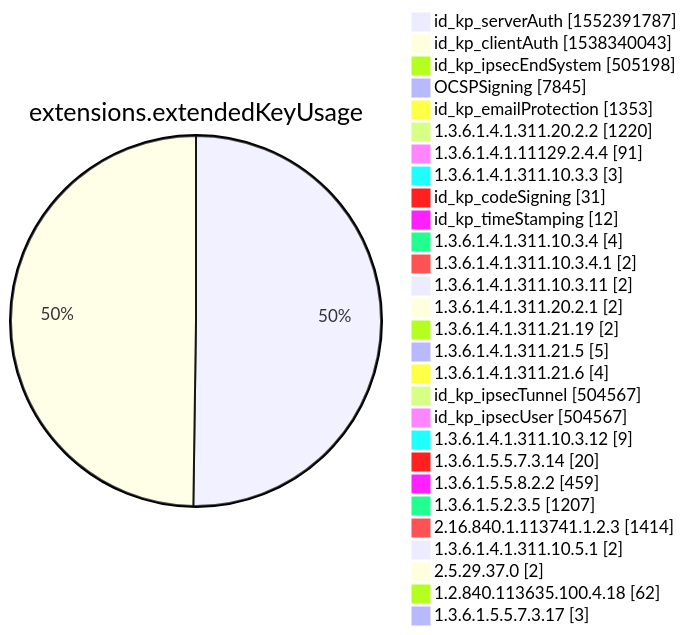
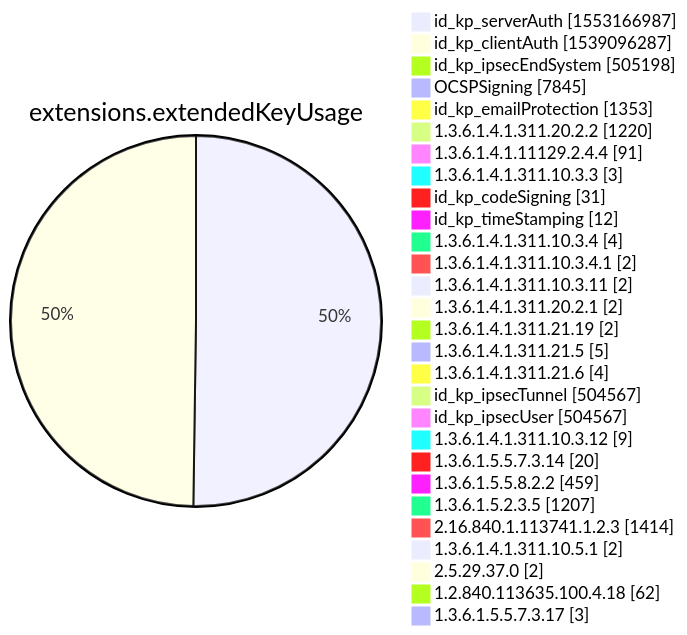
Before and after one commit to christiankrug/ctmonitor_visualization: diagram 12 of 15 in xenon2022/README.md, drawn with Mermaid. The commit also changed other lines of this file, not shown here.

````diff
--- a/xenon2022/README.md
+++ b/xenon2022/README.md
@@ -3882,32 +3882,32 @@
 ```mermaid
 pie showData
 title extensions.extendedKeyUsage
-"id_kp_serverAuth" :1552391787
-"id_kp_clientAuth" :1538340043
+"id_kp_serverAuth" :1553166987
+"id_kp_clientAuth" :1539096287
 "id_kp_ipsecEndSystem" :505198
 "OCSPSigning" :7845
 "id_kp_emailProtection" :1353
 "1.3.6.1.4.1.311.20.2.2" :1220
 "1.3.6.1.4.1.11129.2.4.4" :91
 "1.3.6.1.4.1.311.10.3.3" :3
 "id_kp_codeSigning" :31
 "id_kp_timeStamping" :12
 "1.3.6.1.4.1.311.10.3.4" :4
 "1.3.6.1.4.1.311.10.3.4.1" :2
 "1.3.6.1.4.1.311.10.3.11" :2
 "1.3.6.1.4.1.311.20.2.1" :2
 "1.3.6.1.4.1.311.21.19" :2
 "1.3.6.1.4.1.311.21.5" :5
 "1.3.6.1.4.1.311.21.6" :4
 "id_kp_ipsecTunnel" :504567
 "id_kp_ipsecUser" :504567
 "1.3.6.1.4.1.311.10.3.12" :9
 "1.3.6.1.5.5.7.3.14" :20
 "1.3.6.1.5.5.8.2.2" :459
 "1.3.6.1.5.2.3.5" :1207
 "2.16.840.1.113741.1.2.3" :1414
 "1.3.6.1.4.1.311.10.5.1" :2
 "2.5.29.37.0" :2
 "1.2.840.113635.100.4.18" :62
 "1.3.6.1.5.5.7.3.17" :3
 ```
````
